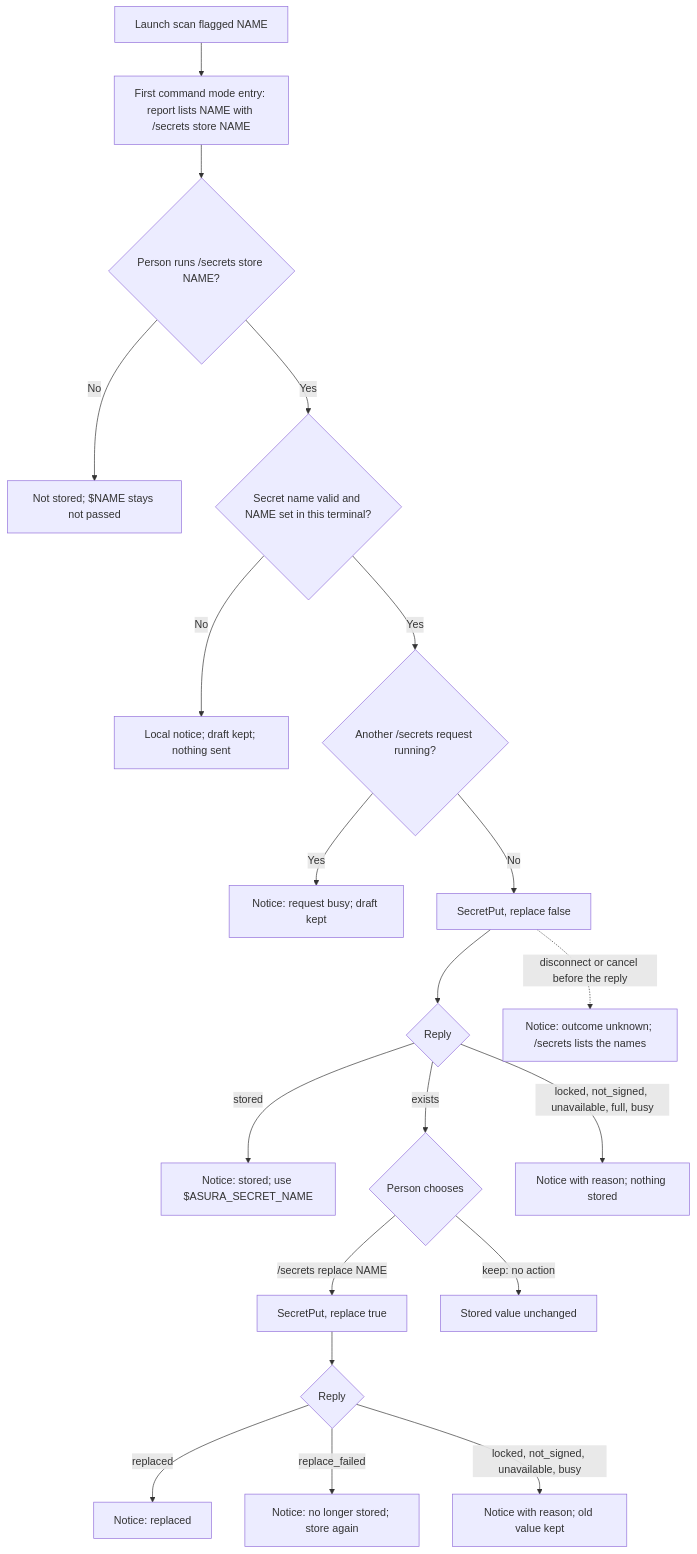
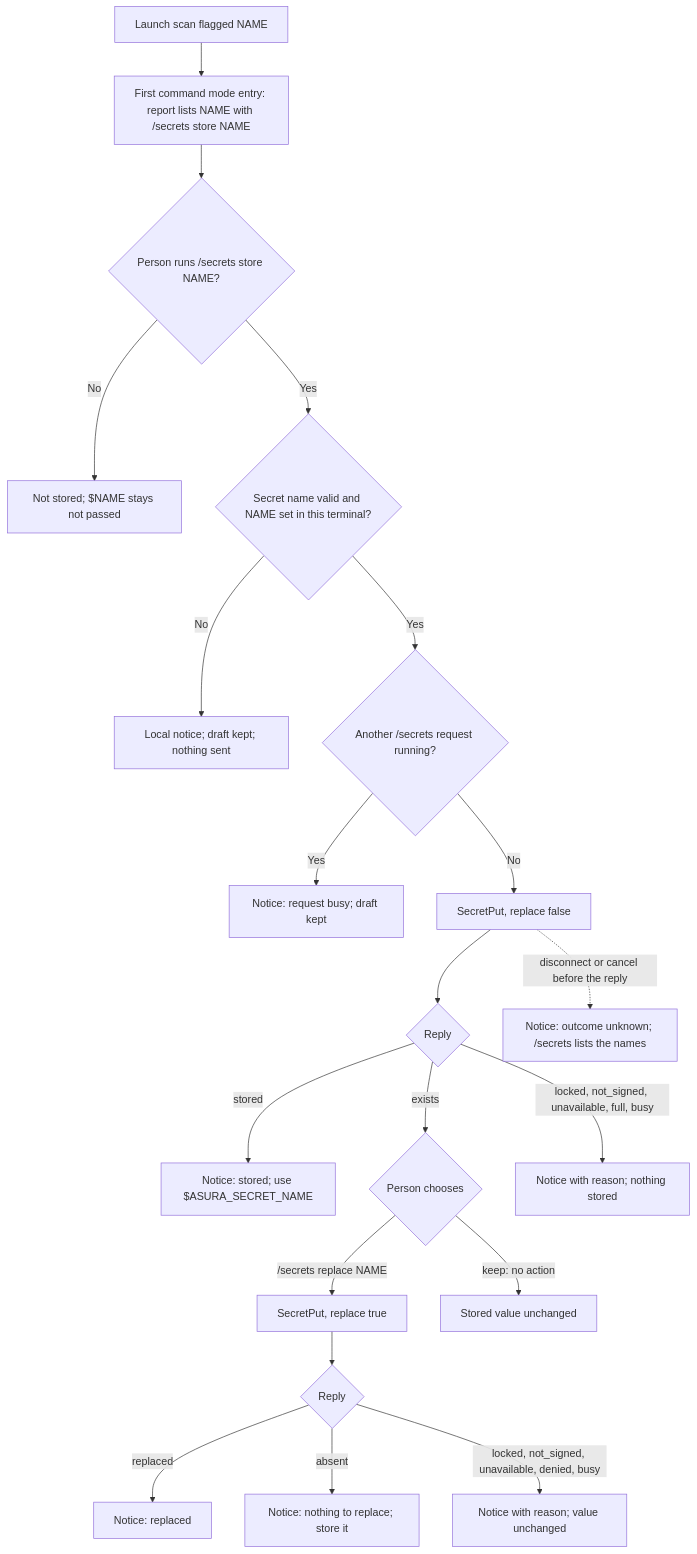
One commit to pidster/asura changed the second of 8 diagrams in docs/designs/named-secrets.md. Above: the diagram before and after it, drawn with Mermaid. The commit also changed other lines of this file and 2 other files, not shown here.

First line of the commit message:
Design named-secret replace in place (SecItemUpdate)

````diff
--- a/docs/designs/named-secrets.md
+++ b/docs/designs/named-secrets.md
@@ -204,22 +217,22 @@
 ```mermaid
 flowchart TD
     Launch["Launch scan flagged NAME"] --> Report["First command mode entry: report lists NAME with /secrets store NAME"]
     Report --> Act{"Person runs /secrets store NAME?"}
     Act -->|No| Unused["Not stored; $NAME stays not passed"]
     Act -->|Yes| Valid{"Secret name valid and NAME set in this terminal?"}
     Valid -->|No| Local["Local notice; draft kept; nothing sent"]
     Valid -->|Yes| Busy{"Another /secrets request running?"}
     Busy -->|Yes| Wait["Notice: request busy; draft kept"]
     Busy -->|No| Send["SecretPut, replace false"]
     Send --> Reply{"Reply"}
     Reply -->|stored| Done["Notice: stored; use $ASURA_SECRET_NAME"]
     Reply -->|exists| Choice{"Person chooses"}
     Choice -->|"/secrets replace NAME"| Replace["SecretPut, replace true"]
     Choice -->|"keep: no action"| Kept["Stored value unchanged"]
     Replace --> RReply{"Reply"}
     RReply -->|replaced| RDone["Notice: replaced"]
-    RReply -->|"replace_failed"| Lost["Notice: no longer stored; store again"]
+    RReply -->|absent| RAbsent["Notice: nothing to replace; store it"]
     Reply -->|"locked, not_signed, unavailable, full, busy"| Fail["Notice with reason; nothing stored"]
-    RReply -->|"locked, not_signed, unavailable, busy"| RFail["Notice with reason; old value kept"]
+    RReply -->|"locked, not_signed, unavailable, denied, busy"| RFail["Notice with reason; value unchanged"]
     Send -.->|"disconnect or cancel before the reply"| Unknown["Notice: outcome unknown; /secrets lists the names"]
 ```
````
